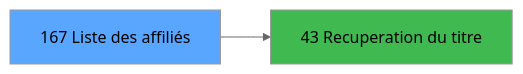
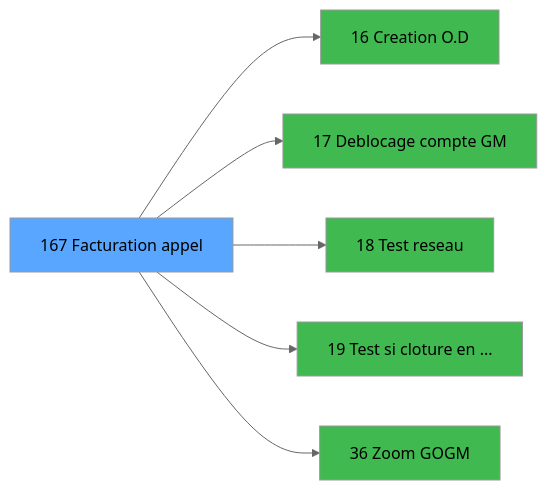
One commit to thonyAGP/magic-migration changed the third of 3 diagrams in .openspec/specs/ADH-IDE-167.md. Above: the diagram before and after it, drawn with Mermaid (neutral theme). The commit also changed other lines of this file and 311 other files, not shown here.

````diff
--- a/.openspec/specs/ADH-IDE-167.md
+++ b/.openspec/specs/ADH-IDE-167.md
@@ -672,8 +389,20 @@
 ```mermaid
 graph LR
-    T167[167 Liste des affiliés]
+    T167[167 Facturation appel]
     style T167 fill:#58a6ff
-    C43[43 Recuperation du titre]
-    T167 --> C43
-    style C43 fill:#3fb950
+    C16[16 Creation O.D]
+    T167 --> C16
+    style C16 fill:#3fb950
+    C17[17 Deblocage compte GM]
+    T167 --> C17
+    style C17 fill:#3fb950
+    C18[18 Test reseau]
+    T167 --> C18
+    style C18 fill:#3fb950
+    C19[19 Test si cloture en ...]
+    T167 --> C19
+    style C19 fill:#3fb950
+    C36[36 Zoom GOGM]
+    T167 --> C36
+    style C36 fill:#3fb950
 ```
````
